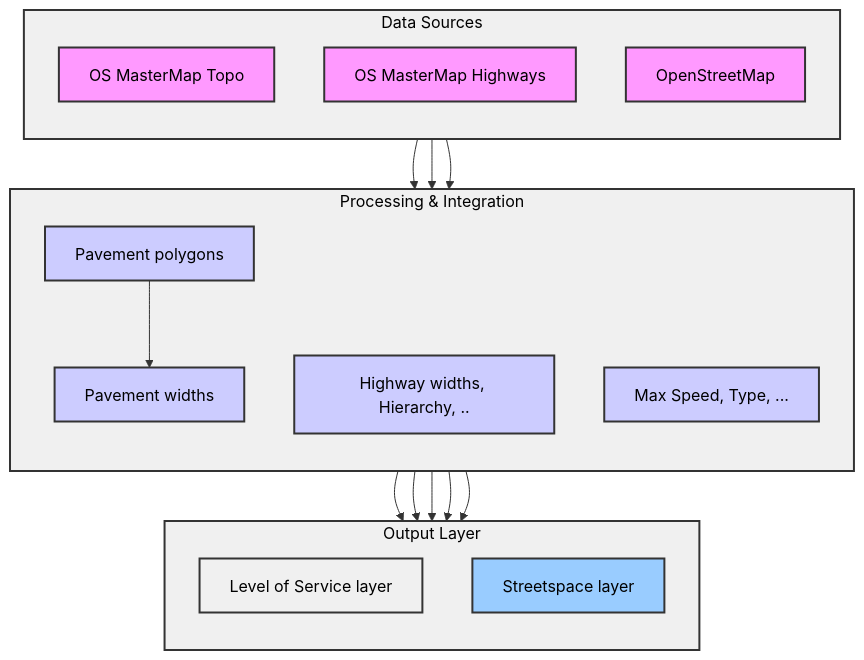
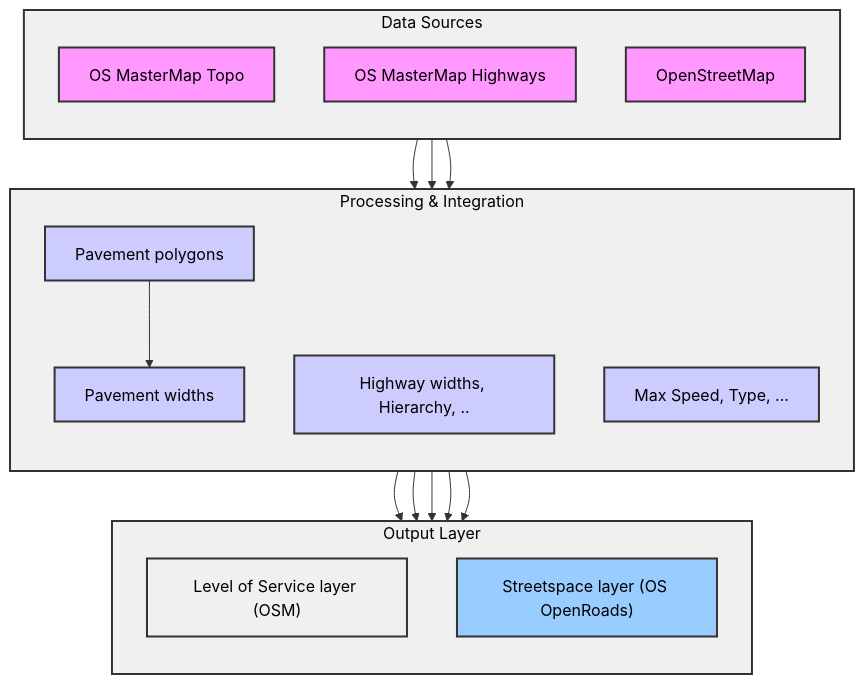
One commit to Robinlovelace/datadriven25 changed the diagram in slides.qmd. Above: the diagram before and after it, drawn with Mermaid. The commit also changed other lines of this file, not shown here.

````diff
--- a/slides.qmd
+++ b/slides.qmd
@@ -96,55 +94,55 @@
 ```{mermaid}
 graph TD
   subgraph data_sources ["Data Sources"]
     direction TB
     OS_MasterMap_Topo["OS MasterMap Topo"]
     OS_MasterMap_Highways_Source["OS MasterMap Highways"]
     OSM_Source["OpenStreetMap"]
   end
 
   subgraph processing_integration ["Processing & Integration"]
     direction TB
     Pavement_Polygons["Pavement polygons"]
     Pavement_Widths["Pavement widths"]
     Highway_Widths["Highway widths, Hierarchy, .."]
     OSM_Derived["Max Speed, Type, ..."]
   end
 
   subgraph output_layer ["Output Layer"]
     direction TB
-    OSM_Los["Level of Service layer"]
-    OS_OpenRoads["Streetspace layer"]
+    OSM_Los["Level of Service layer (OSM)"]
+    OS_OpenRoads["Streetspace layer (OS OpenRoads)"]
 
   end
 
   OS_MasterMap_Topo --> Pavement_Polygons
   Pavement_Polygons --> Pavement_Widths
   OS_MasterMap_Highways_Source --> Highway_Widths
   OSM_Source --> OSM_Derived
   Highway_Widths --> OSM_Los
 
   Pavement_Widths --> OS_OpenRoads
   Highway_Widths --> OS_OpenRoads
   OSM_Derived --> OS_OpenRoads
   OSM_Derived --> OSM_Los
 
 
   style data_sources fill:#f0f0f0,stroke:#333,stroke-width:2px,color:#000
   style processing_integration fill:#f0f0f0,stroke:#333,stroke-width:2px,color:#000
   style output_layer fill:#f0f0f0,stroke:#333,stroke-width:2px,color:#000
 
   %% Style definitions for better colors
   style OS_MasterMap_Topo fill:#f9f,stroke:#333,stroke-width:2px,color:#000
   style OS_MasterMap_Highways_Source fill:#f9f,stroke:#333,stroke-width:2px,color:#000
   style OSM_Source fill:#f9f,stroke:#333,stroke-width:2px,color:#000
 
   style Pavement_Polygons fill:#ccf,stroke:#333,stroke-width:2px,color:#000
   style Pavement_Widths fill:#ccf,stroke:#333,stroke-width:2px,color:#000
   style Highway_Widths fill:#ccf,stroke:#333,stroke-width:2px,color:#000
   style OSM_Derived fill:#ccf,stroke:#333,stroke-width:2px,color:#000
 
   style OS_OpenRoads fill:#9cf,stroke:#333,stroke-width:2px,color:#000
 
   %% Style definition for the main graph background
   classDef default fill:#f0f0f0,stroke:#333,stroke-width:2px,color:#000
 ```
````
